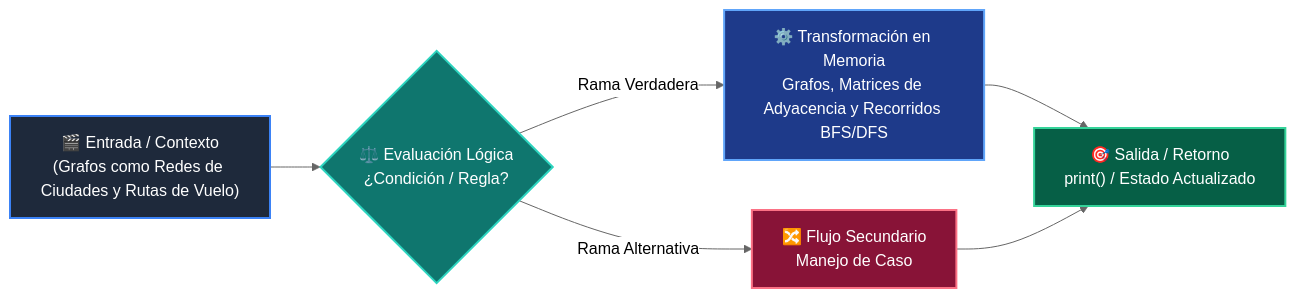
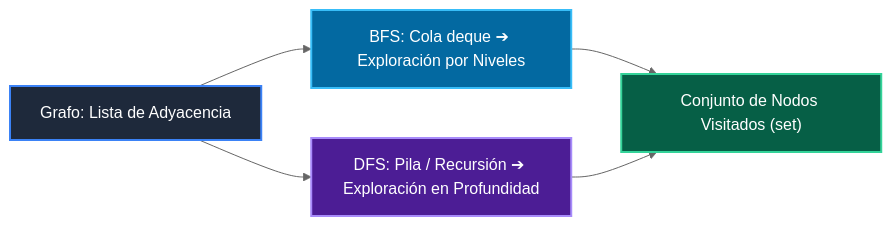
The diagram in 02-algoritmos-estructuras/clase-07-grafos-y-recorridos/README.md (wisrovi/wisrovi-python), drawn with Mermaid (neutral theme) before and after one commit. The commit also changed other lines of this file and 271 other files, not shown here.

Commit message:
docs: rewrite all README.md files with bespoke topic-specific Mermaid diagrams and remove repetitive boilerplate

````diff
--- a/02-algoritmos-estructuras/clase-07-grafos-y-recorridos/README.md
+++ b/02-algoritmos-estructuras/clase-07-grafos-y-recorridos/README.md
@@ -35,14 +12,12 @@
 ```mermaid
 flowchart LR
-    A["🎬 Entrada / Contexto<br/>(Grafos como Redes de Ciudades y Rutas de Vuelo)"] --> B{"⚖️ Evaluación Lógica<br/>¿Condición / Regla?"}
-    B -->|Rama Verdadera| C["⚙️ Transformación en Memoria<br/>Grafos, Matrices de Adyacencia y Recorridos BFS/DFS"]
-    B -->|Rama Alternativa| D["🔀 Flujo Secundario<br/>Manejo de Caso"]
-    C --> E["🎯 Salida / Retorno<br/>print() / Estado Actualizado"]
-    D --> E
+    G["Grafo: Lista de Adyacencia"] --> BFS["BFS: Cola deque ➔ Exploración por Niveles"]
+    G --> DFS["DFS: Pila / Recursión ➔ Exploración en Profundidad"]
+    BFS --> VIS["Conjunto de Nodos Visitados (set)"]
+    DFS --> VIS
 
-    style A fill:#1e293b,color:#ffffff,stroke:#3b82f6,stroke-width:2px
-    style B fill:#0f766e,color:#ffffff,stroke:#2dd4bf,stroke-width:2px
-    style C fill:#1e3a8a,color:#ffffff,stroke:#60a5fa,stroke-width:2px
-    style D fill:#881337,color:#ffffff,stroke:#fb7185,stroke-width:2px
-    style E fill:#065f46,color:#ffffff,stroke:#34d399,stroke-width:2px
+    style G fill:#1e293b,color:#fff,stroke:#3b82f6,stroke-width:2px
+    style BFS fill:#0369a1,color:#fff,stroke:#38bdf8,stroke-width:2px
+    style DFS fill:#4c1d95,color:#fff,stroke:#a78bfa,stroke-width:2px
+    style VIS fill:#065f46,color:#fff,stroke:#34d399,stroke-width:2px
 ```
````
